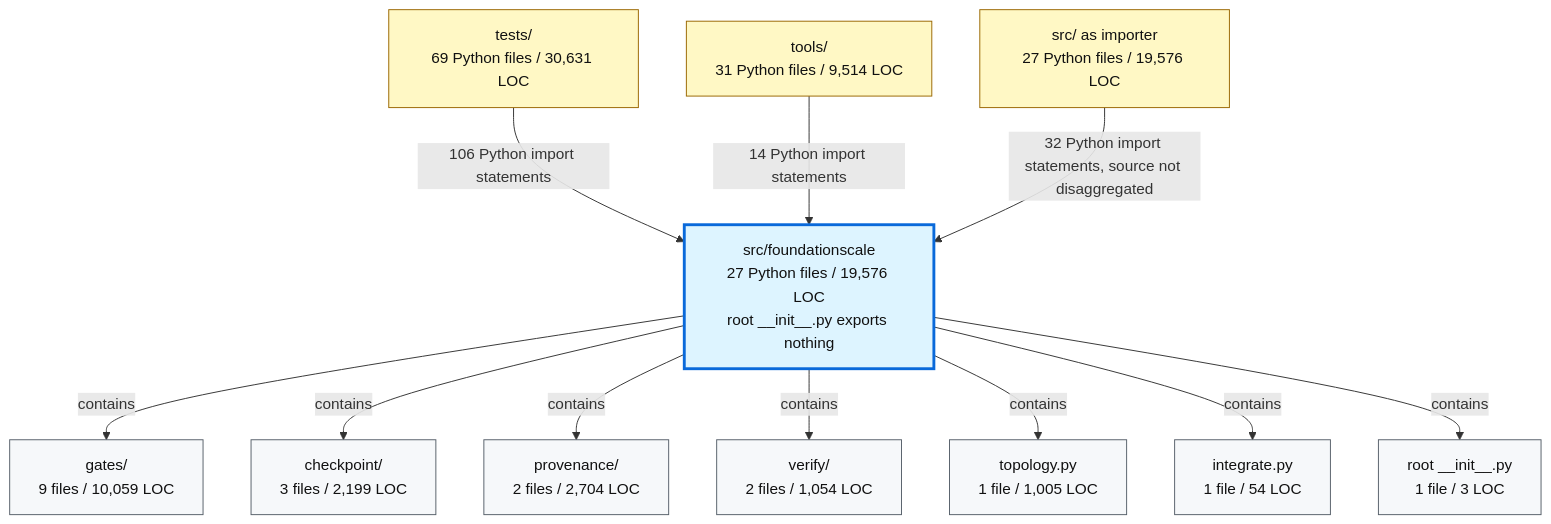
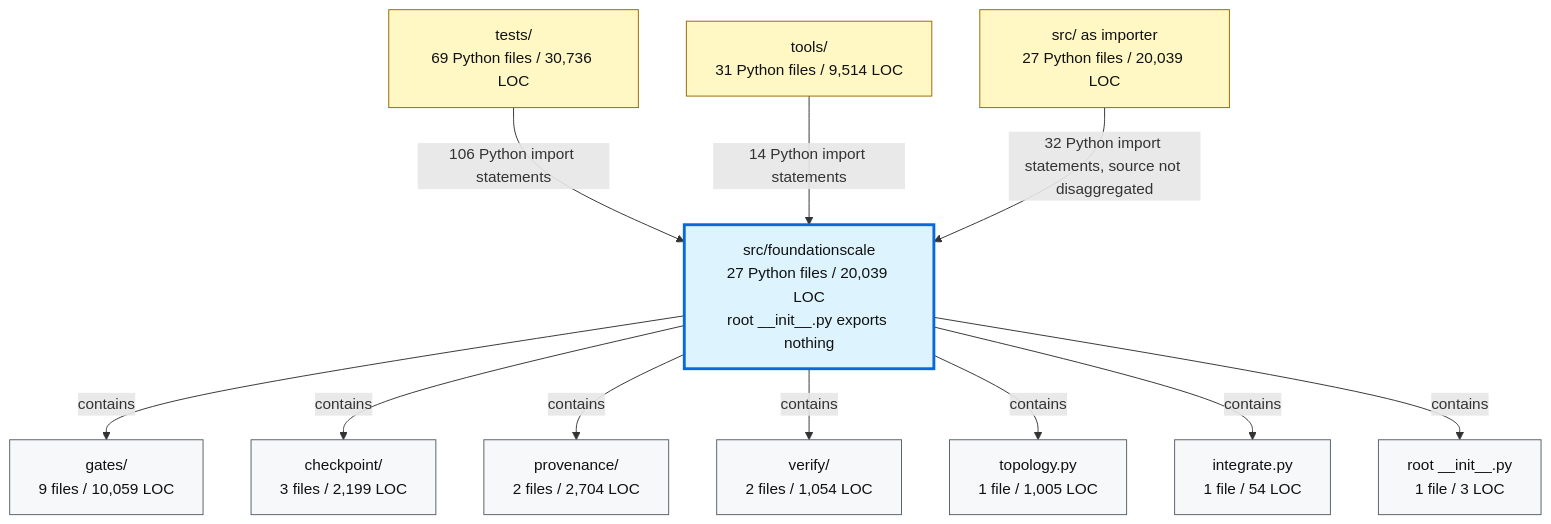
The second of 2 diagrams in docs/review/D2_current_architecture.md (TranNhiem/FoundationScale), drawn with Mermaid before and after one commit. The commit also changed other lines of this file and 17 other files, not shown here.

````diff
--- a/docs/review/D2_current_architecture.md
+++ b/docs/review/D2_current_architecture.md
@@ -97,36 +97,36 @@
 ```mermaid
 flowchart TB
-  TESTS["tests/<br/>69 Python files / 30,631 LOC"]
+  TESTS["tests/<br/>69 Python files / 30,736 LOC"]
   TOOLS["tools/<br/>31 Python files / 9,514 LOC"]
-  SRC["src/ as importer<br/>27 Python files / 19,576 LOC"]
+  SRC["src/ as importer<br/>27 Python files / 20,039 LOC"]
 
-  FS["src/foundationscale<br/>27 Python files / 19,576 LOC<br/>root __init__.py exports nothing"]
+  FS["src/foundationscale<br/>27 Python files / 20,039 LOC<br/>root __init__.py exports nothing"]
 
   GATES["gates/<br/>9 files / 10,059 LOC"]
   CKPT["checkpoint/<br/>3 files / 2,199 LOC"]
   PROV["provenance/<br/>2 files / 2,704 LOC"]
   VERIFY["verify/<br/>2 files / 1,054 LOC"]
   TOPO["topology.py<br/>1 file / 1,005 LOC"]
   INTEG["integrate.py<br/>1 file / 54 LOC"]
   ROOT["root __init__.py<br/>1 file / 3 LOC"]
 
   TESTS -->|"106 Python import statements"| FS
   TOOLS -->|"14 Python import statements"| FS
   SRC -->|"32 Python import statements, source not disaggregated"| FS
 
   FS -->|"contains"| GATES
   FS -->|"contains"| CKPT
   FS -->|"contains"| PROV
   FS -->|"contains"| VERIFY
   FS -->|"contains"| TOPO
   FS -->|"contains"| INTEG
   FS -->|"contains"| ROOT
 
   classDef consumer fill:#fff8c5,stroke:#9a6700,color:#111;
   classDef package fill:#ddf4ff,stroke:#0969da,stroke-width:3px,color:#111;
   classDef module fill:#f6f8fa,stroke:#57606a,color:#111;
 
   class TESTS,TOOLS,SRC consumer;
   class FS package;
   class GATES,CKPT,PROV,VERIFY,TOPO,INTEG,ROOT module;
 ```
````
